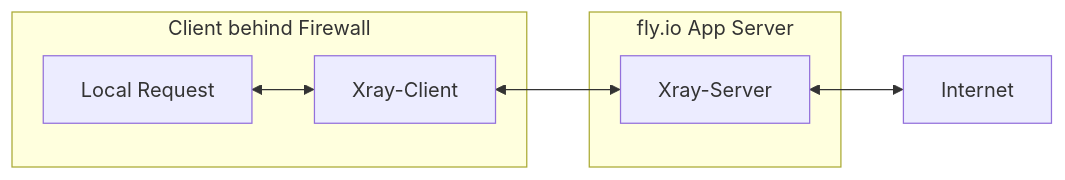
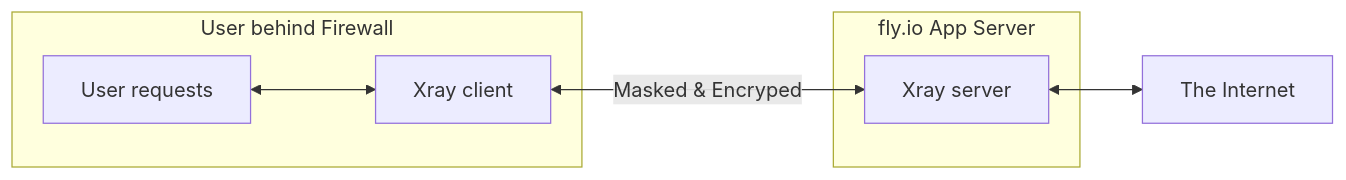
One commit to FarelRA/xray-flyapp changed the second of 3 diagrams in README.md. Above: the diagram before and after it, drawn with Mermaid. The commit also changed other lines of this file, not shown here.

Commit message:
Update `Architecture` graph in README.md

````diff
--- a/README.md
+++ b/README.md
@@ -33,11 +37,15 @@
 ```mermaid
-flowchart RL
-  Internet <--> Xray-Server
-  Xray-Server <--> Xray-Client
-  subgraph flyapp [fly.io App Server]
-    Xray-Server
-  end
-  subgraph ServerNoPublicIP [Client behind Firewall]
-    Xray-Client <--> Request[Local Request]
-  end
+flowchart LR
+	subgraph ServerBehindFirewall["User behind Firewall"]
+		Requests["User requests"]
+		XrayClient["Xray client"]
+	end
+	subgraph flyapp["fly.io App Server"]
+		XrayServer["Xray server"]
+	end
+	Internet["The Internet"]
+
+    Requests <---> XrayClient
+    XrayClient <--> |Masked & Encryped| XrayServer
+    XrayServer <--> Internet
 ```
````
